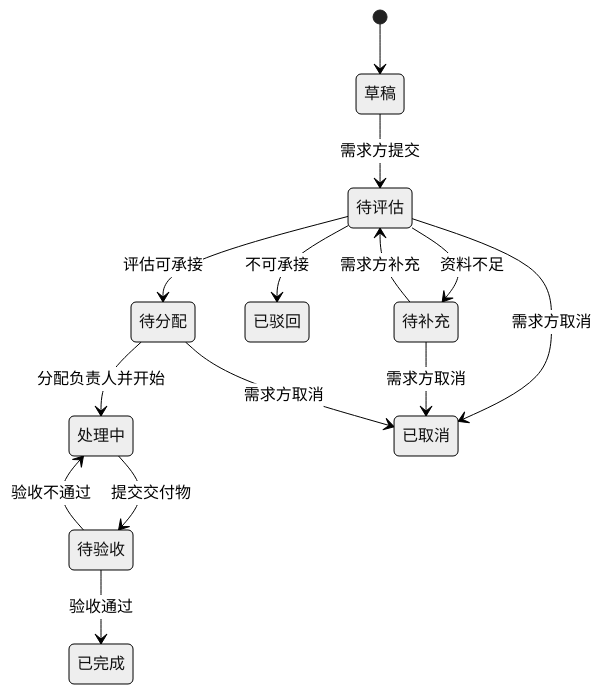
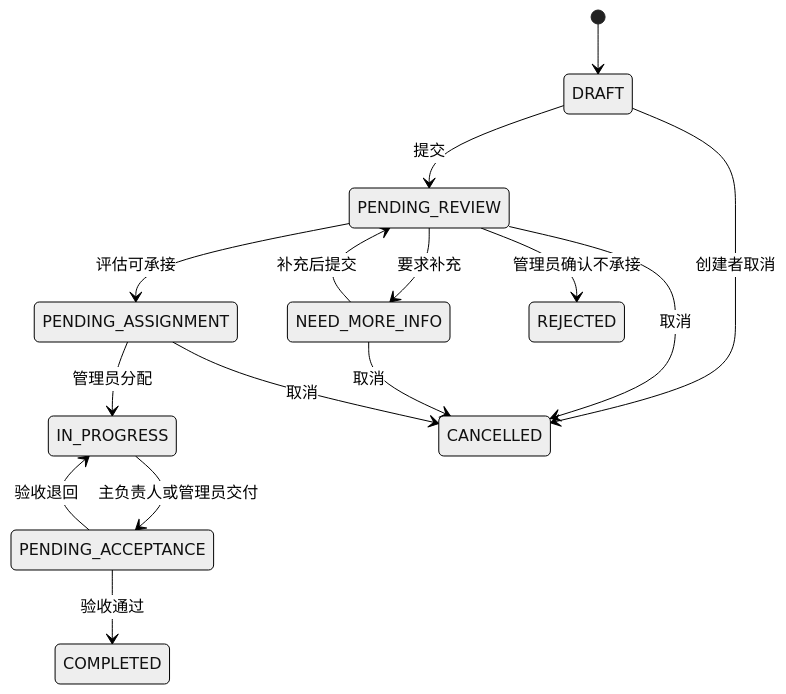
The diagram in docs/需求文档.md (7wid/Progress-passage-work), drawn with Mermaid (neutral theme) before and after one commit. The commit also changed other lines of this file and 13 other files, not shown here.

````diff
--- a/docs/需求文档.md
+++ b/docs/需求文档.md
@@ -230,16 +73,17 @@
 ```mermaid
 stateDiagram-v2
-    [*] --> 草稿
-    草稿 --> 待评估: 需求方提交
-    待评估 --> 待补充: 资料不足
-    待补充 --> 待评估: 需求方补充
-    待评估 --> 已驳回: 不可承接
-    待评估 --> 待分配: 评估可承接
-    待分配 --> 处理中: 分配负责人并开始
-    处理中 --> 待验收: 提交交付物
-    待验收 --> 处理中: 验收不通过
-    待验收 --> 已完成: 验收通过
-    待评估 --> 已取消: 需求方取消
-    待补充 --> 已取消: 需求方取消
-    待分配 --> 已取消: 需求方取消
+    [*] --> DRAFT
+    DRAFT --> PENDING_REVIEW: 提交
+    PENDING_REVIEW --> NEED_MORE_INFO: 要求补充
+    NEED_MORE_INFO --> PENDING_REVIEW: 补充后提交
+    PENDING_REVIEW --> PENDING_ASSIGNMENT: 评估可承接
+    PENDING_REVIEW --> REJECTED: 管理员确认不承接
+    PENDING_ASSIGNMENT --> IN_PROGRESS: 管理员分配
+    IN_PROGRESS --> PENDING_ACCEPTANCE: 主负责人或管理员交付
+    PENDING_ACCEPTANCE --> IN_PROGRESS: 验收退回
+    PENDING_ACCEPTANCE --> COMPLETED: 验收通过
+    DRAFT --> CANCELLED: 创建者取消
+    PENDING_REVIEW --> CANCELLED: 取消
+    NEED_MORE_INFO --> CANCELLED: 取消
+    PENDING_ASSIGNMENT --> CANCELLED: 取消
 ```
````
